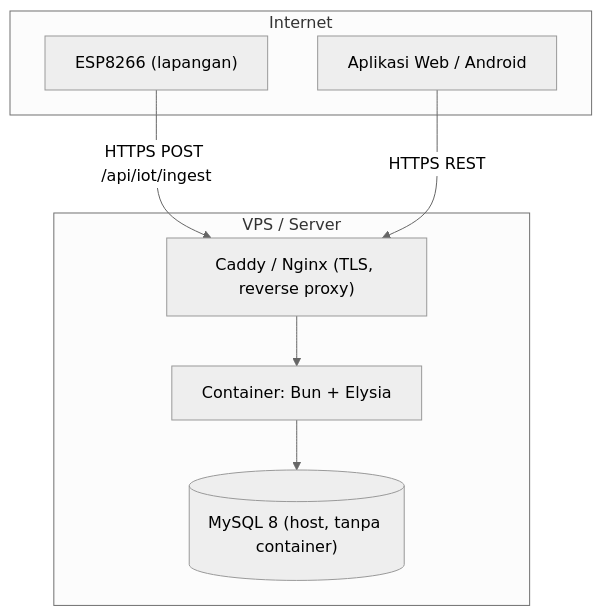
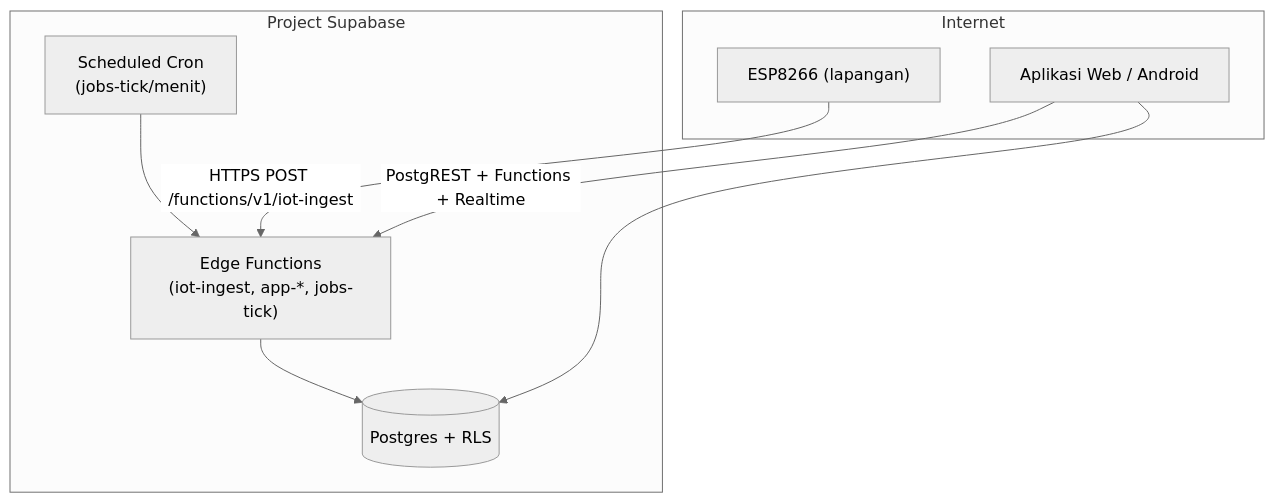
Before and after one commit to FarrelGhozy/SIMOHE: the diagram in docs/12-DEPLOYMENT.md, drawn with Mermaid (neutral theme). The commit also changed other lines of this file and 156 other files, not shown here.

First line of the commit message:
feat(supabase): migrasi full ke Supabase-only, arsipkan server Bun

````diff
--- a/docs/12-DEPLOYMENT.md
+++ b/docs/12-DEPLOYMENT.md
@@ -11,16 +15,17 @@
 ```mermaid
 flowchart TB
     subgraph Internet
       ESP["ESP8266 (lapangan)"]
       UserApp["Aplikasi Web / Android"]
     end
-    subgraph VPS["VPS / Server"]
-      Caddy["Caddy / Nginx (TLS, reverse proxy)"]
-      API["Container: Bun + Elysia"]
-      DB[("MySQL 8 (host, tanpa container)")]
-      Caddy --> API
-      API --> DB
+    subgraph Supabase["Project Supabase"]
+      Edge["Edge Functions\n(iot-ingest, app-*, jobs-tick)"]
+      DB[("Postgres + RLS")]
+      Cron["Scheduled Cron\n(jobs-tick/menit)"]
+      Edge --> DB
+      Cron --> Edge
     end
-    ESP -->|HTTPS POST /api/iot/ingest| Caddy
-    UserApp -->|HTTPS REST| Caddy
+    ESP -->|HTTPS POST /functions/v1/iot-ingest| Edge
+    UserApp -->|PostgREST + Functions + Realtime| Edge
+    UserApp --> DB
 ```
````
